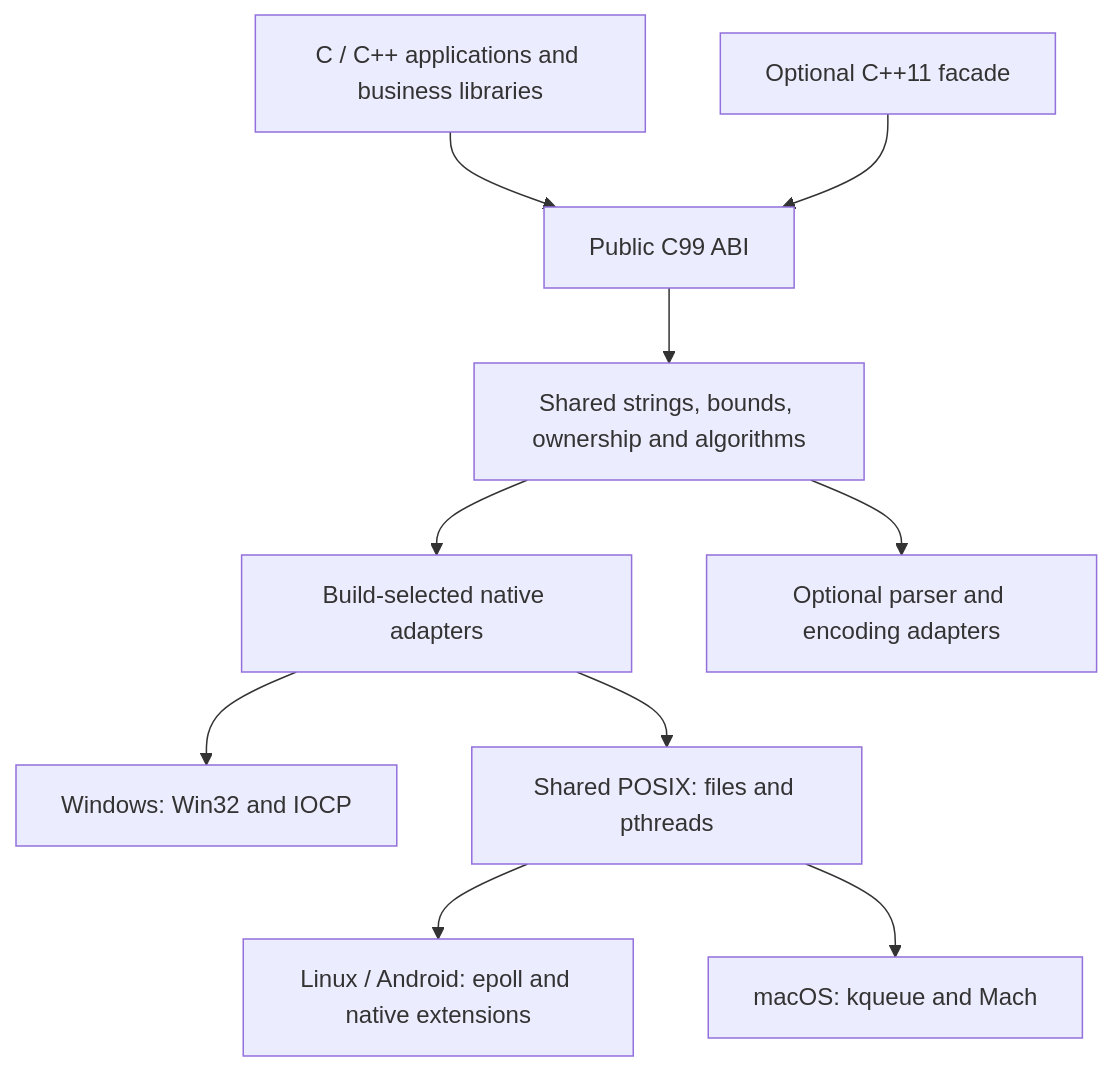
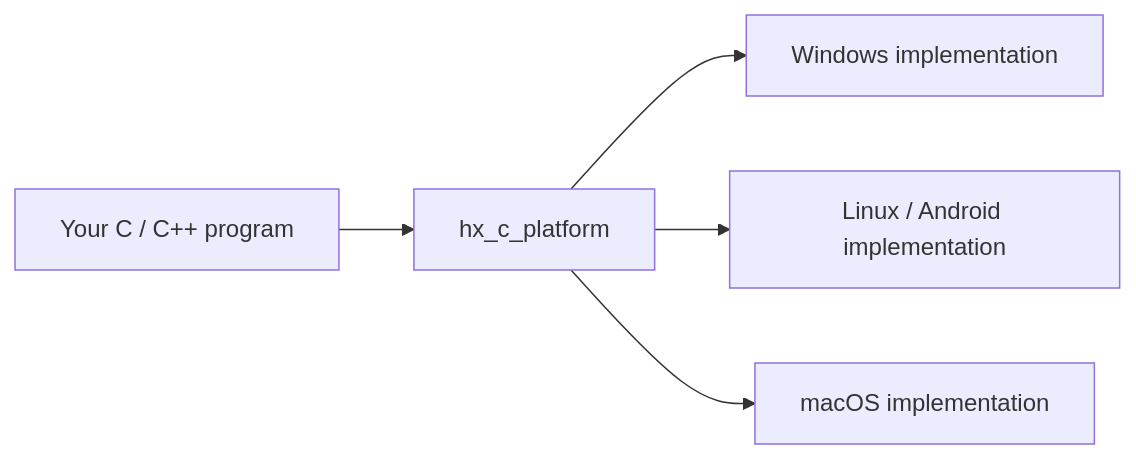
One commit to HuangX666/hx_c_platform changed the diagram in README.md. Above: the diagram before and after it, drawn with Mermaid. The commit also changed other lines of this file and 7 other files, not shown here.

````diff
--- a/README.md
+++ b/README.md
@@ -80,12 +25,7 @@
 ```mermaid
-flowchart TD
-    A["C / C++ applications and business libraries"] --> B["Public C99 ABI"]
-    C["Optional C++11 facade"] --> B
-    B --> D["Shared strings, bounds, ownership and algorithms"]
-    D --> E["Build-selected native adapters"]
-    E --> F["Windows: Win32 and IOCP"]
-    E --> G["Shared POSIX: files and pthreads"]
-    G --> H["Linux / Android: epoll and native extensions"]
-    G --> I["macOS: kqueue and Mach"]
-    D --> J["Optional parser and encoding adapters"]
+flowchart LR
+    A["Your C / C++ program"] --> B["hx_c_platform"]
+    B --> C["Windows implementation"]
+    B --> D["Linux / Android implementation"]
+    B --> E["macOS implementation"]
 ```
````
